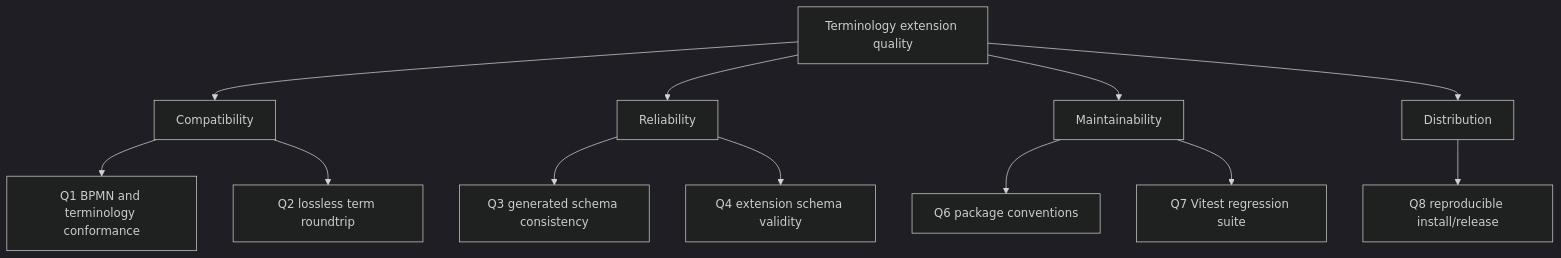
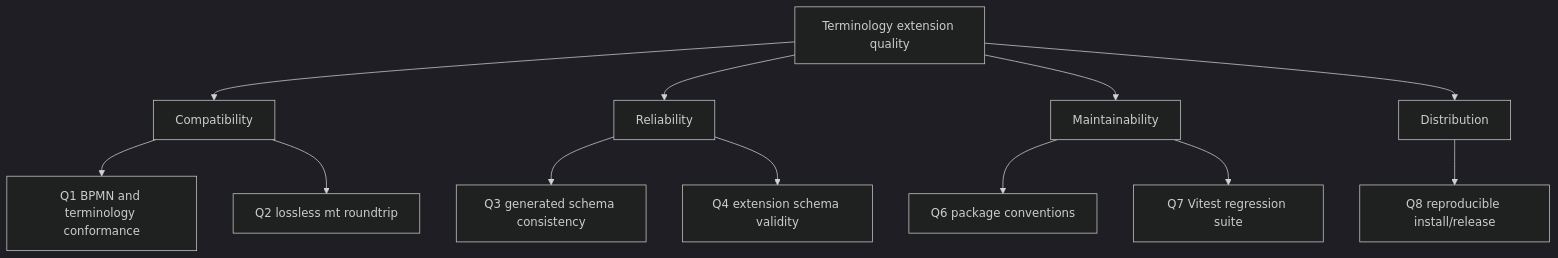
One commit to forschungsgruppe-digital-health/bpmn-extension-medical-terminology changed the diagram in docs/arc42/10_quality_requirements.md. Above: the diagram before and after it, drawn with Mermaid (dark theme). The commit also changed other lines of this file and 10 other files, not shown here.

````diff
--- a/docs/arc42/10_quality_requirements.md
+++ b/docs/arc42/10_quality_requirements.md
@@ -33,15 +33,15 @@
 ```mermaid
 graph TD
     Q[Terminology extension quality]
     Q --> C[Compatibility]
     Q --> R[Reliability]
     Q --> M[Maintainability]
     Q --> D[Distribution]
     C --> Q1[Q1 BPMN and terminology conformance]
-    C --> Q2[Q2 lossless term roundtrip]
+    C --> Q2[Q2 lossless mt roundtrip]
     R --> Q3[Q3 generated schema consistency]
     R --> Q4[Q4 extension schema validity]
     M --> Q6[Q6 package conventions]
     M --> Q7[Q7 Vitest regression suite]
     D --> Q8[Q8 reproducible install/release]
 ```
````
